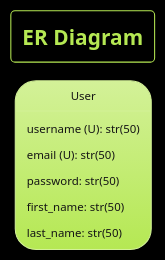
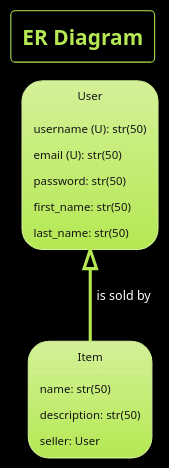
The first of 4 diagrams in design.plantuml (AdityaShenoy/FlipCart), drawn with PlantUML before and after one commit. The commit also changed other lines of this file and 1 other file, not shown here.

```diff
--- a/design.plantuml
+++ b/design.plantuml
@@ -1,15 +1,23 @@
 @startuml 1
 
     !theme hacker
     skinparam BackgroundColor black
     title "ER Diagram"
 
     object User {
         username (U): str(50)
         email (U): str(50)
         password: str(50)
         first_name: str(50)
         last_name: str(50)
     }
 
+    object Item {
+        name: str(50)
+        description: str(50)
+        seller: User
+    }
+
+    User <|-- Item : is sold by
+
 @enduml
```
